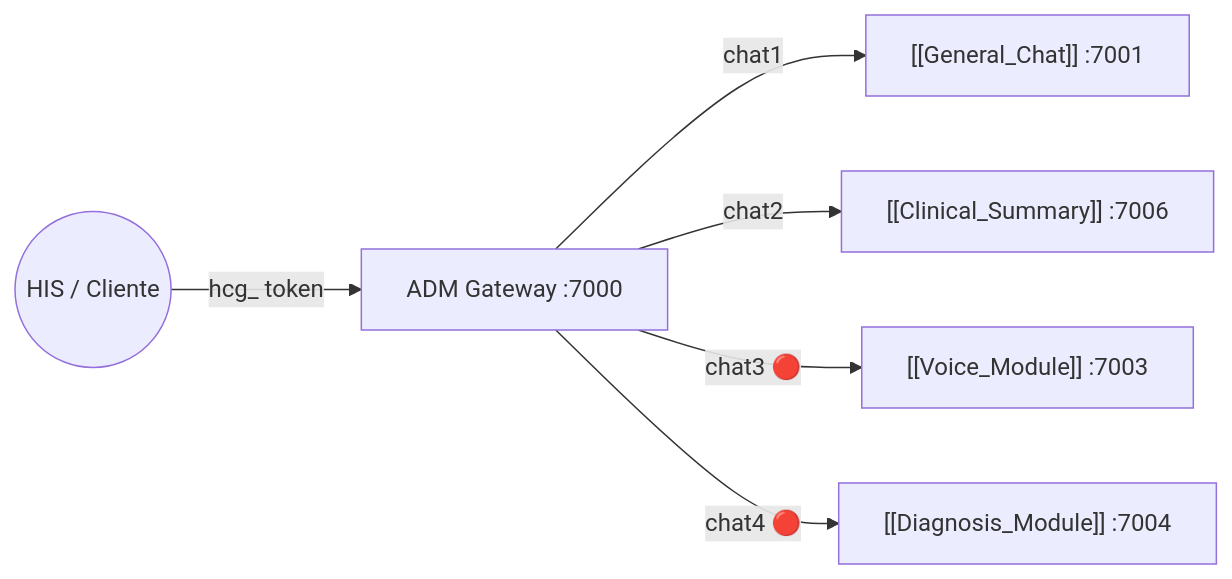
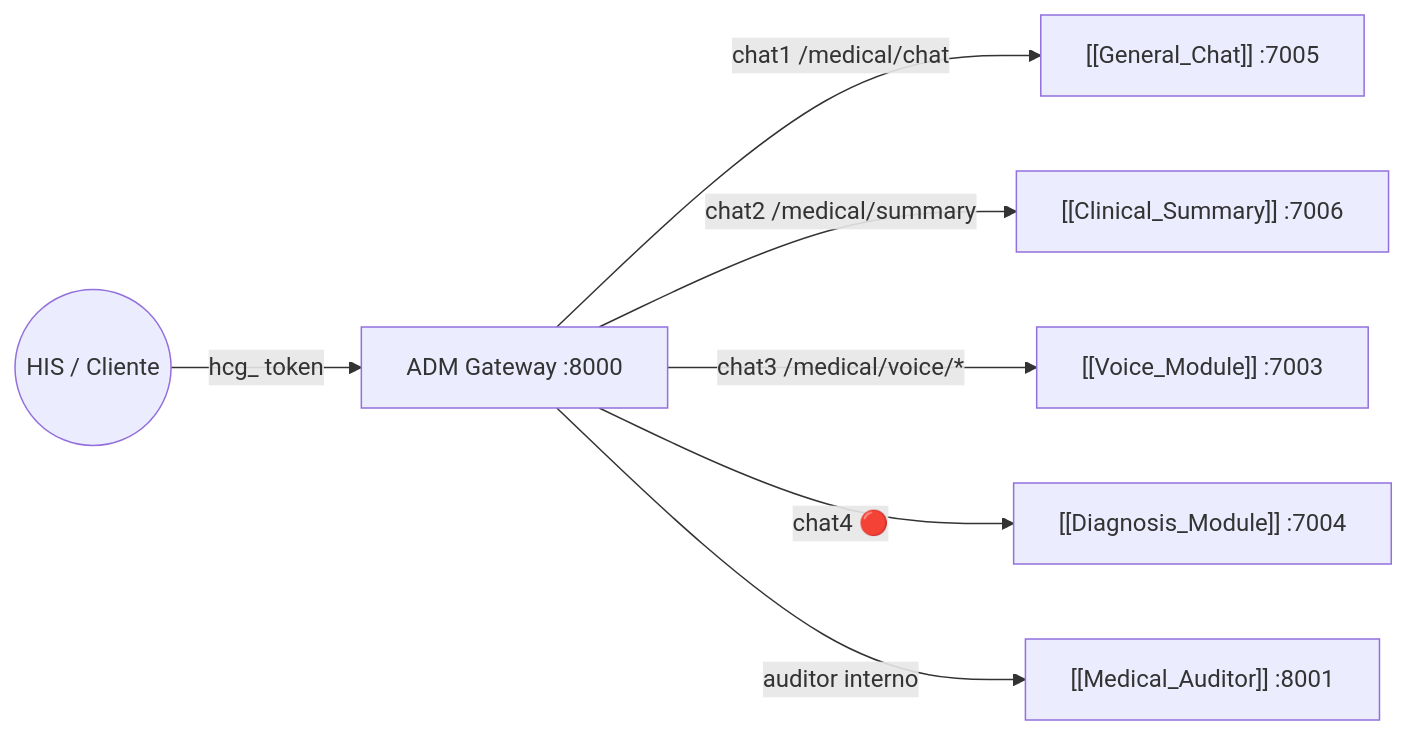
One commit to cluna-8/GM_MODULAR_ECOSYSTEM changed the diagram in docs/Go Medisys/ADM_Gateway.md. Above: the diagram before and after it, drawn with Mermaid. The commit also changed other lines of this file and 3 other files, not shown here.

````diff
--- a/docs/Go Medisys/ADM_Gateway.md
+++ b/docs/Go Medisys/ADM_Gateway.md
@@ -16,8 +16,9 @@
 ```mermaid
 graph LR
-    HIS((HIS / Cliente)) -->|hcg_ token| ADM["ADM Gateway :7000"]
-    ADM -->|chat1| GC["[[General_Chat]] :7001"]
-    ADM -->|chat2| CS["[[Clinical_Summary]] :7006"]
-    ADM -->|chat3 🔴| VM["[[Voice_Module]] :7003"]
+    HIS((HIS / Cliente)) -->|hcg_ token| ADM["ADM Gateway :8000"]
+    ADM -->|chat1 /medical/chat| GC["[[General_Chat]] :7005"]
+    ADM -->|chat2 /medical/summary| CS["[[Clinical_Summary]] :7006"]
+    ADM -->|chat3 /medical/voice/*| VM["[[Voice_Module]] :7003"]
     ADM -->|chat4 🔴| DM["[[Diagnosis_Module]] :7004"]
+    ADM -->|auditor interno| MA["[[Medical_Auditor]] :8001"]
 ```
````
